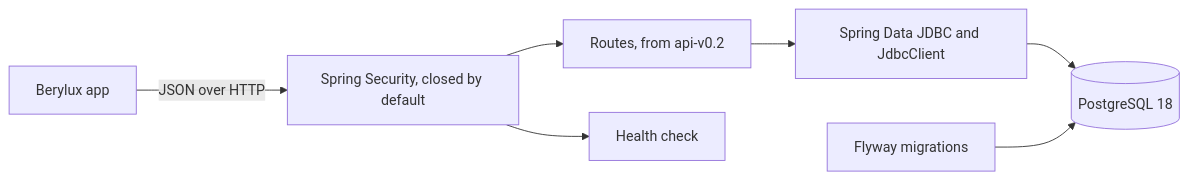
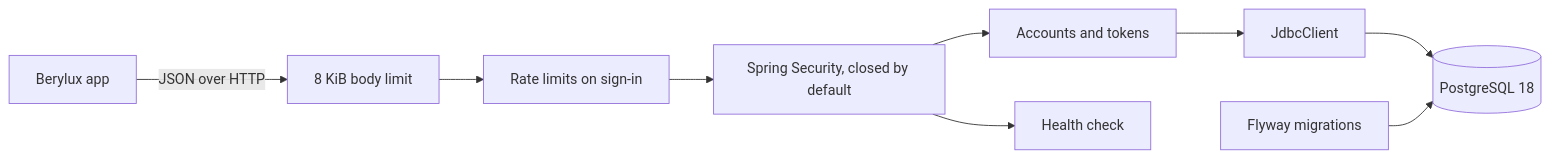
Before and after one commit to An3DCu/Berylux-API: the second of 2 diagrams in README.md, drawn with Mermaid. The commit also changed other lines of this file and 8 other files, not shown here.

Commit message:
Get ready for api-v0.2: clean up old refresh tokens, pin the open routes, version 0.2.0

````diff
--- a/README.md
+++ b/README.md
@@ -114,9 +118,11 @@
 ```mermaid
 flowchart LR
-  App[Berylux app] -->|JSON over HTTP| Sec[Spring Security, closed by default]
-  Sec --> Routes[Routes, from api-v0.2]
+  App[Berylux app] -->|JSON over HTTP| Size[8 KiB body limit]
+  Size --> Limits[Rate limits on sign-in]
+  Limits --> Sec[Spring Security, closed by default]
+  Sec --> Auth[Accounts and tokens]
   Sec --> Health[Health check]
-  Routes --> Data[Spring Data JDBC and JdbcClient]
+  Auth --> Data[JdbcClient]
   Data --> Db[(PostgreSQL 18)]
   Flyway[Flyway migrations] --> Db
 ```
````
